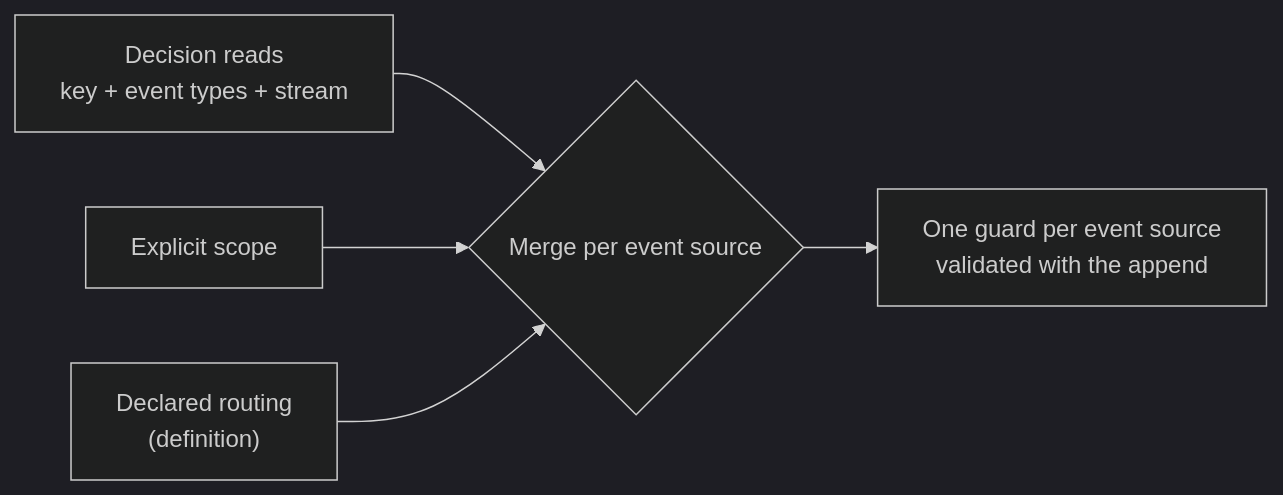
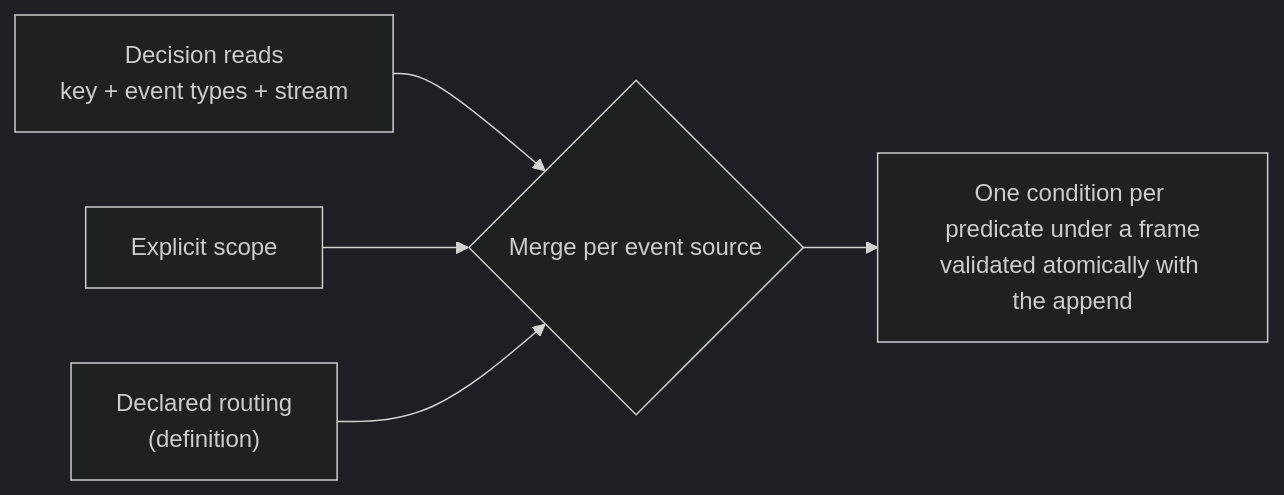
Before and after one commit to Cratis/Chronicle: the diagram in Documentation/dynamic-consistency-boundary/how-guards-are-derived.mdx, drawn with Mermaid (dark theme). The commit also changed other lines of this file and 52 other files, not shown here.

````diff
--- a/Documentation/dynamic-consistency-boundary/how-guards-are-derived.mdx
+++ b/Documentation/dynamic-consistency-boundary/how-guards-are-derived.mdx
@@ -129,7 +131,7 @@
 ```mermaid
 flowchart LR
     R["Decision reads<br/>key + event types + stream"] --> M{"Merge per event source"}
     E["Explicit scope"] --> M
     D["Declared routing<br/>(definition)"] --> M
-    M --> G["One guard per event source<br/>validated with the append"]
+    M --> G["One condition per predicate under a frame<br/>validated atomically with the append"]
 ```
````
